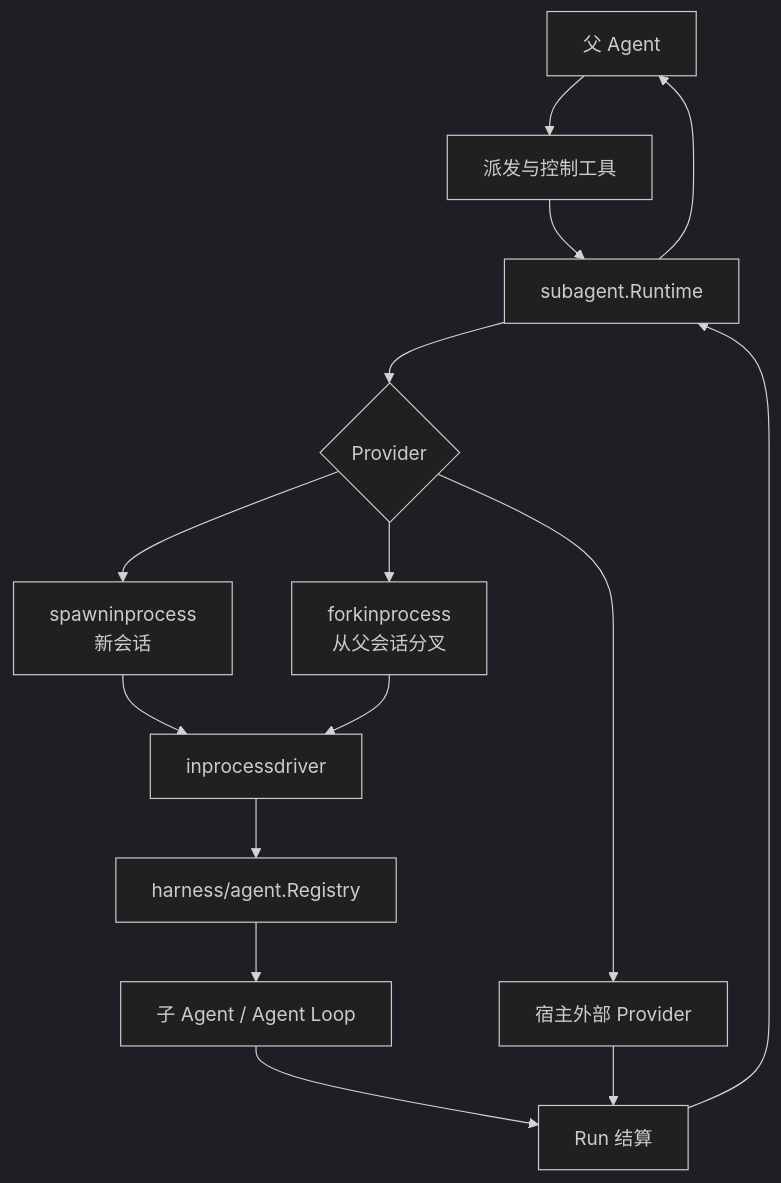
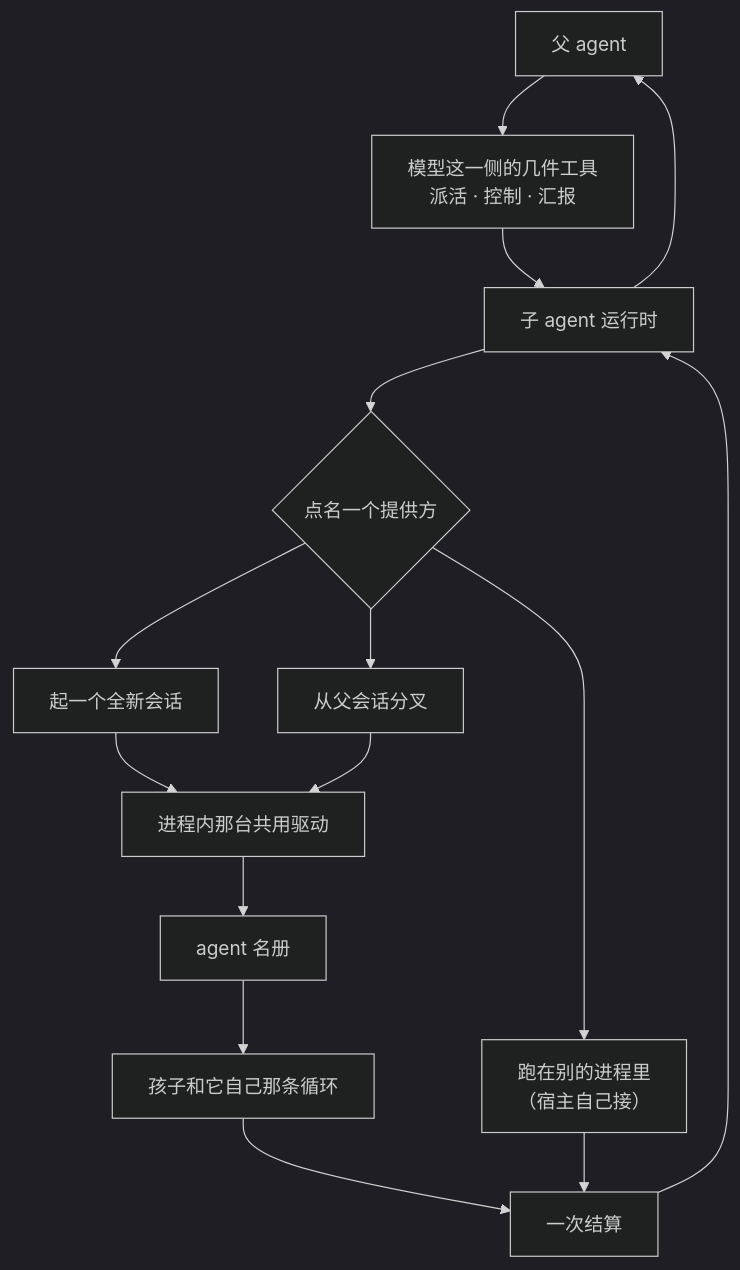
One commit to snight1983/ds-harness-go changed the fifth of 56 diagrams in docs/modules/subagent.md. Above: the diagram before and after it, drawn with Mermaid (dark theme). The commit also changed other lines of this file and 43 other files, not shown here.

Commit message:
docs: 图解架构与模块设计

````diff
--- a/docs/modules/subagent.md
+++ b/docs/modules/subagent.md
@@ -11,17 +55,17 @@
 ```mermaid
 flowchart TB
-    Parent["父 Agent"] --> Tools["派发与控制工具"]
-    Tools --> Runtime["subagent.Runtime"]
-    Runtime --> Provider{"Provider"}
-    Provider --> Spawn["spawninprocess\n新会话"]
-    Provider --> Fork["forkinprocess\n从父会话分叉"]
-    Provider --> External["宿主外部 Provider"]
-    Spawn --> Driver["inprocessdriver"]
-    Fork --> Driver
-    Driver --> Registry["harness/agent.Registry"]
-    Registry --> Child["子 Agent / Agent Loop"]
-    Child --> Result["Run 结算"]
-    External --> Result
-    Result --> Runtime
-    Runtime --> Parent
+    P["父 agent"] --> T["模型这一侧的几件工具<br/>派活 · 控制 · 汇报"]
+    T --> RT["子 agent 运行时"]
+    RT --> PV{"点名一个提供方"}
+    PV --> SP["起一个全新会话"]
+    PV --> FK["从父会话分叉"]
+    PV --> EX["跑在别的进程里<br/>（宿主自己接）"]
+    SP --> DR["进程内那台共用驱动"]
+    FK --> DR
+    DR --> REG["agent 名册"]
+    REG --> C["孩子和它自己那条循环"]
+    C --> ST["一次结算"]
+    EX --> ST
+    ST --> RT
+    RT --> P
 ```
````
